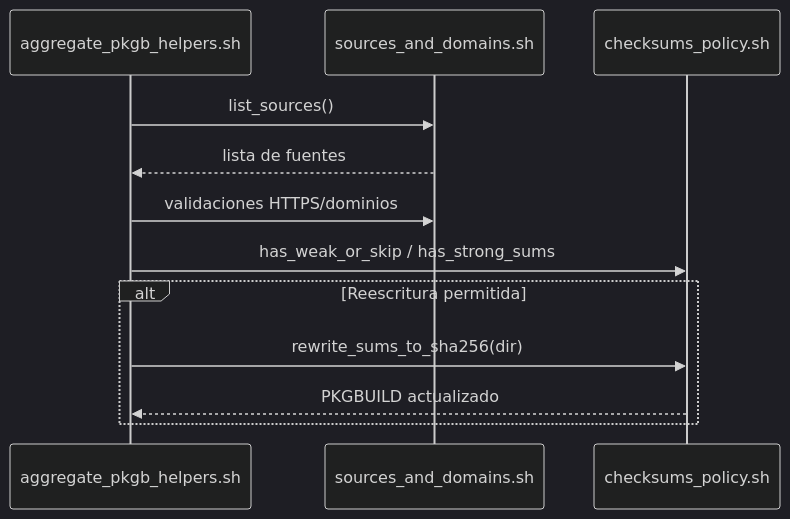
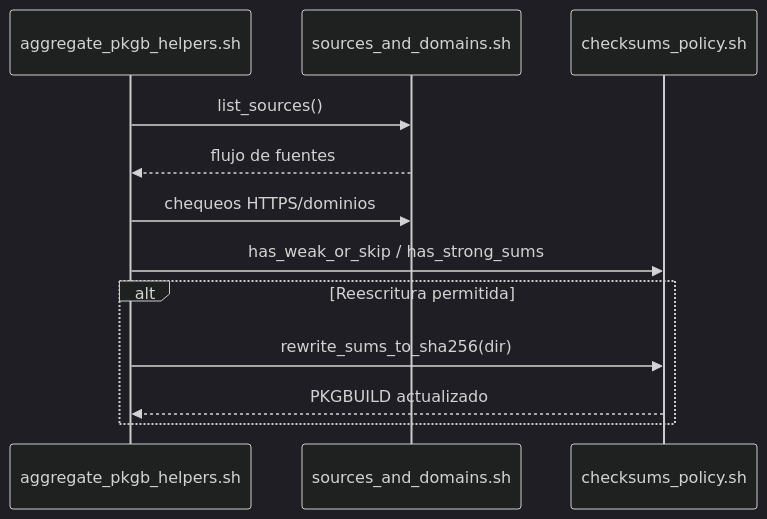
One commit to LuigiD5555/aur_scanner changed the fifth of 15 diagrams in docs/developer/README.dev.es.md. Above: the diagram before and after it, drawn with Mermaid (dark theme). The commit also changed other lines of this file and 1 other file, not shown here.

````diff
--- a/docs/developer/README.dev.es.md
+++ b/docs/developer/README.dev.es.md
@@ -214,14 +250,14 @@
 ```mermaid
 sequenceDiagram
     participant PKGB as aggregate_pkgb_helpers.sh
     participant Src as sources_and_domains.sh
     participant Sums as checksums_policy.sh
     PKGB->>Src: list_sources()
-    Src-->>PKGB: lista de fuentes
-    PKGB->>Src: validaciones HTTPS/dominios
+    Src-->>PKGB: flujo de fuentes
+    PKGB->>Src: chequeos HTTPS/dominios
     PKGB->>Sums: has_weak_or_skip / has_strong_sums
     alt Reescritura permitida
         PKGB->>Sums: rewrite_sums_to_sha256(dir)
         Sums-->>PKGB: PKGBUILD actualizado
     end
 ```
````
